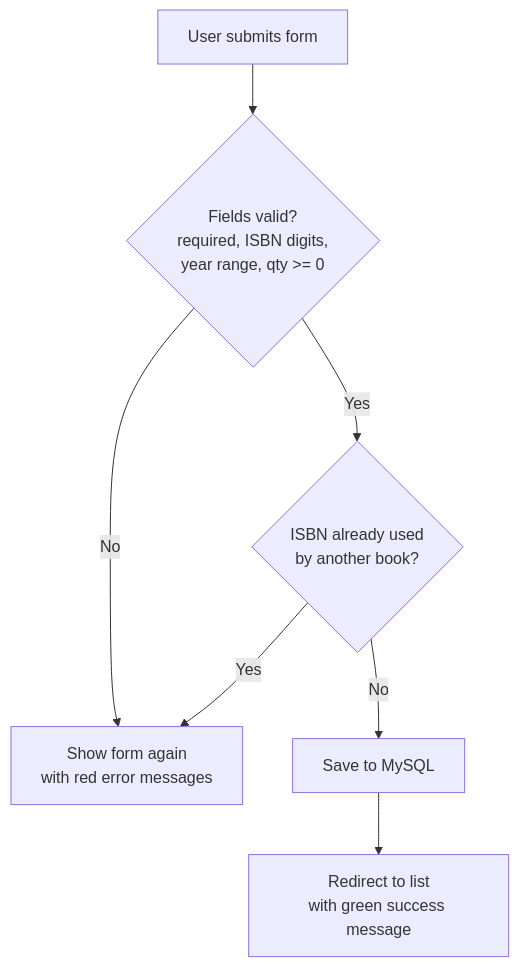
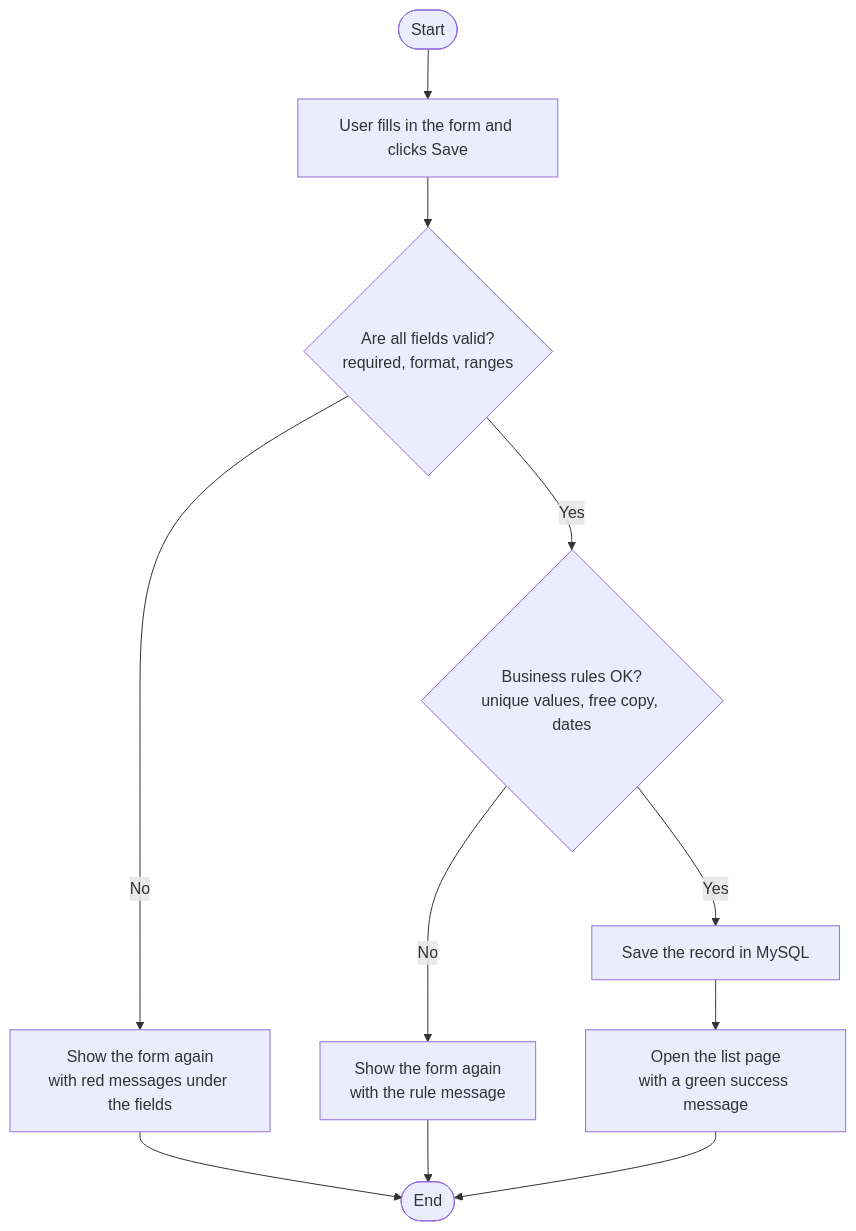
Before and after one commit to olegberz/library-inventory: the third of 6 diagrams in README.md, drawn with Mermaid. The commit also changed other lines of this file, not shown here.

Commit message:
Update README: ER model, closed flowcharts, sequence diagram, test cases

````diff
--- a/README.md
+++ b/README.md
@@ -94,9 +156,13 @@
 ```mermaid
 flowchart TD
-    A[User submits form] --> B{Fields valid?<br/>required, ISBN digits,<br/>year range, qty >= 0}
-    B -- No --> E[Show form again<br/>with red error messages]
-    B -- Yes --> C{ISBN already used<br/>by another book?}
-    C -- Yes --> E
-    C -- No --> D[Save to MySQL]
-    D --> F[Redirect to list<br/>with green success message]
+    S([Start]) --> A[User fills in the form and clicks Save]
+    A --> B{Are all fields valid?<br/>required, format, ranges}
+    B -- No --> E1[Show the form again<br/>with red messages under the fields]
+    E1 --> Z([End])
+    B -- Yes --> C{Business rules OK?<br/>unique values, free copy, dates}
+    C -- No --> E2[Show the form again<br/>with the rule message]
+    E2 --> Z
+    C -- Yes --> D[Save the record in MySQL]
+    D --> F[Open the list page<br/>with a green success message]
+    F --> Z
 ```
````
